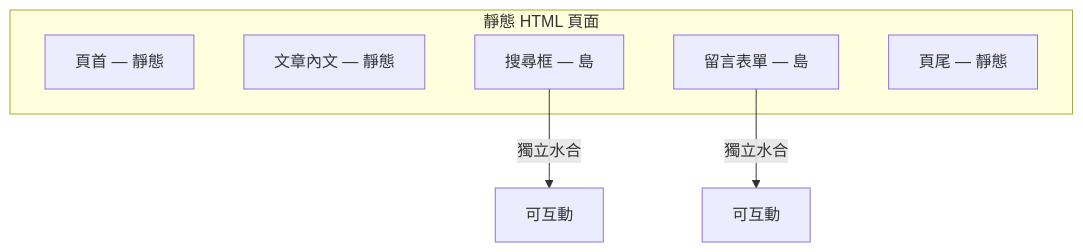
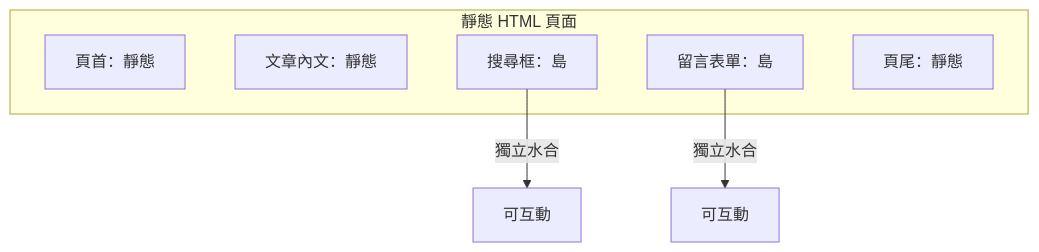
Before and after one commit to Charmying/blog: the fourth of 5 diagrams in src/posts/zh-TW/web-hydration.mdx, drawn with Mermaid. The commit also changed other lines of this file and 157 other files, not shown here.

````diff
--- a/src/posts/zh-TW/web-hydration.mdx
+++ b/src/posts/zh-TW/web-hydration.mdx
@@ -169,12 +169,12 @@
 ```mermaid
 flowchart TD
     subgraph page["靜態 HTML 頁面"]
-        header["頁首 — 靜態"]
-        article["文章內文 — 靜態"]
-        island1["搜尋框 — 島"]
-        island2["留言表單 — 島"]
-        footer["頁尾 — 靜態"]
+        header["頁首：靜態"]
+        article["文章內文：靜態"]
+        island1["搜尋框：島"]
+        island2["留言表單：島"]
+        footer["頁尾：靜態"]
     end
     island1 -->|獨立水合| i1["可互動"]
     island2 -->|獨立水合| i2["可互動"]
 ```
````
